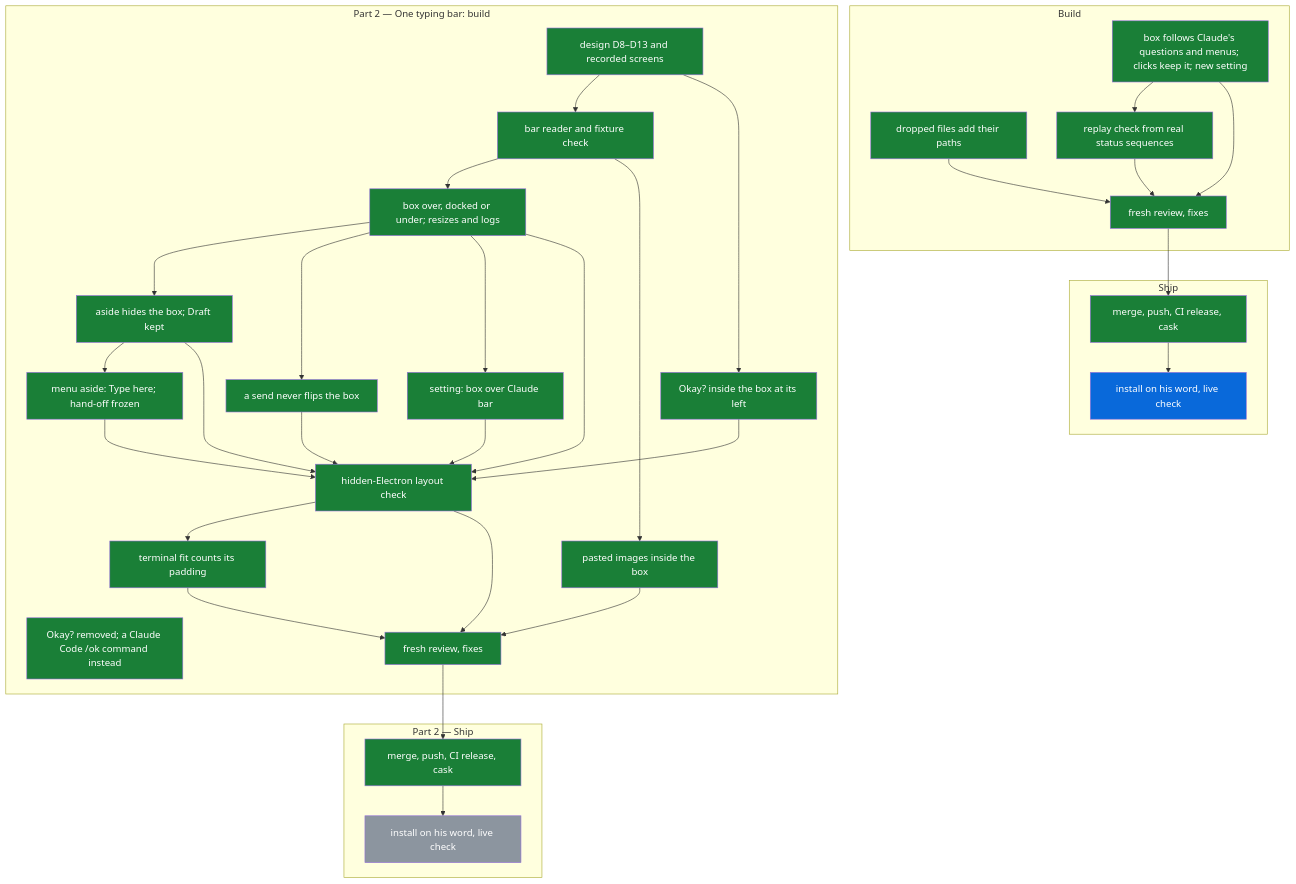
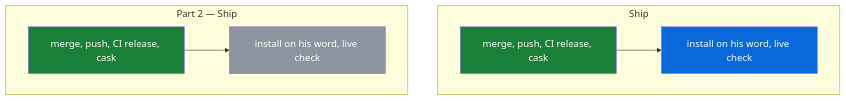
The diagram in docs/compose-box.md (michaeljryoung/patton), drawn with Mermaid before and after one commit. The commit also changed other lines of this file and 2 other files, not shown here.

Commit message:
Maps: Okay? removed (okay_button, s54_ship notes); compose-box map retires 17 finished nodes (S58)

````diff
--- a/docs/compose-box.md
+++ b/docs/compose-box.md
@@ -11,64 +13,19 @@
 ```mermaid
 flowchart TD
-  subgraph B["Build"]
-    box_core[box follows Claude's questions and menus; clicks keep it; new setting]:::done
-    box_drop[dropped files add their paths]:::done
-    box_replay[replay check from real status sequences]:::done
-    box_review[fresh review, fixes]:::done
-  end
   subgraph S["Ship"]
     box_release[merge, push, CI release, cask]:::done
     box_ship[install on his word, live check]:::live
-  end
-  subgraph O["Part 2 — One typing bar: build"]
-    bar_design[design D8–D13 and recorded screens]:::done
-    bar_reader[bar reader and fixture check]:::done
-    bar_placement[box over, docked or under; resizes and logs]:::done
-    send_no_flip[a send never flips the box]:::done
-    bar_aside[aside hides the box; Draft kept]:::done
-    aside_fixes[menu aside: Type here; hand-off frozen]:::done
-    okay_in_box[Okay? inside the box at its left]:::done
-  okay_removed[Okay? removed; a Claude Code /ok command instead]:::done
-    over_setting[setting: box over Claude bar]:::done
-    bar_layout_check[hidden-Electron layout check]:::done
-    fit_padding[terminal fit counts its padding]:::done
-    images_in_box[pasted images inside the box]:::done
-    bar_review[fresh review, fixes]:::done
   end
   subgraph OS["Part 2 — Ship"]
     bar_release[merge, push, CI release, cask]:::done
     bar_ship[install on his word, live check]:::todo
   end
-  box_core --> box_replay
-  box_core --> box_review
-  box_drop --> box_review
-  box_replay --> box_review
-  box_review --> box_release
   box_release --> box_ship
-  bar_design --> bar_reader
-  bar_reader --> bar_placement
-  bar_placement --> bar_aside
-  bar_aside --> aside_fixes
-  aside_fixes --> bar_layout_check
-  bar_placement --> send_no_flip
-  send_no_flip --> bar_layout_check
-  bar_design --> okay_in_box
-  bar_placement --> over_setting
-  bar_placement --> bar_layout_check
-  bar_aside --> bar_layout_check
-  okay_in_box --> bar_layout_check
-  over_setting --> bar_layout_check
-  bar_layout_check --> fit_padding
-  fit_padding --> bar_review
-  bar_layout_check --> bar_review
-  bar_reader --> images_in_box
-  images_in_box --> bar_review
-  bar_review --> bar_release
   bar_release --> bar_ship
   classDef done fill:#1a7f37,color:#fff
   classDef live fill:#0969da,color:#fff
   classDef todo fill:#8c959f,color:#fff
   classDef blocked fill:#cf222e,color:#fff
   classDef dropped fill:#eaeef2,color:#57606a
   classDef superseded fill:#eaeef2,color:#57606a
 ```
````
